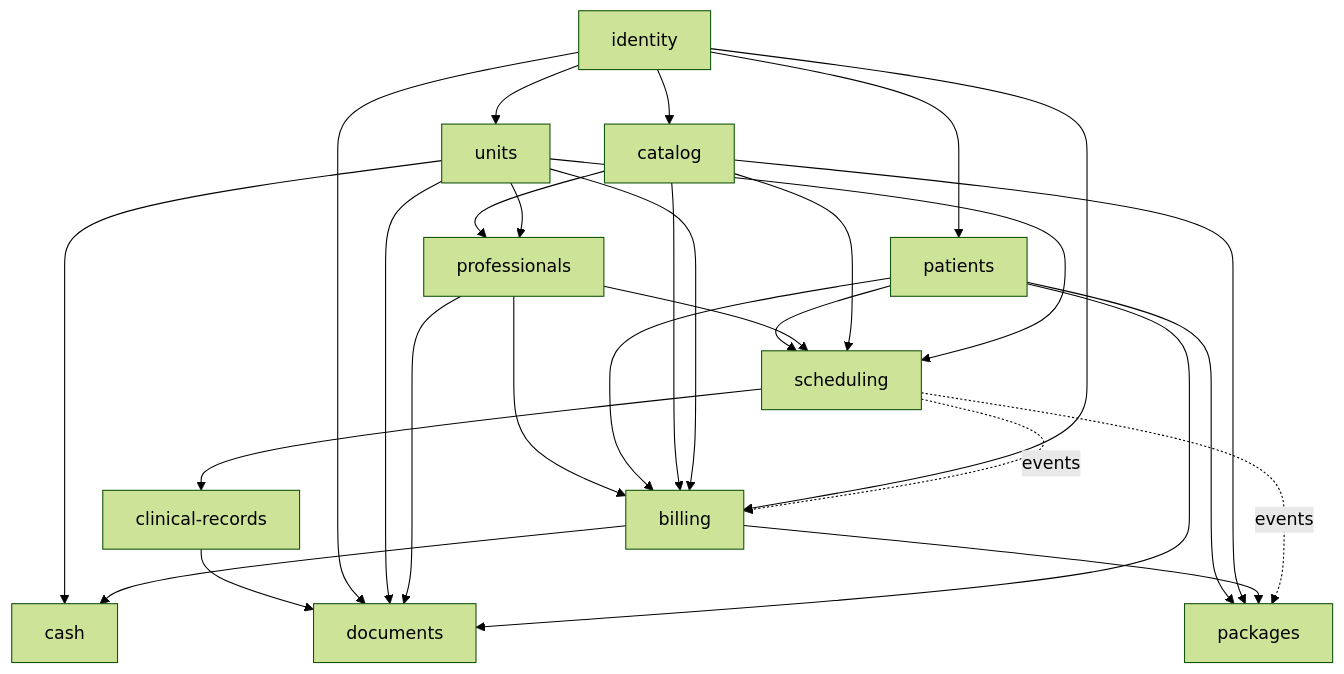
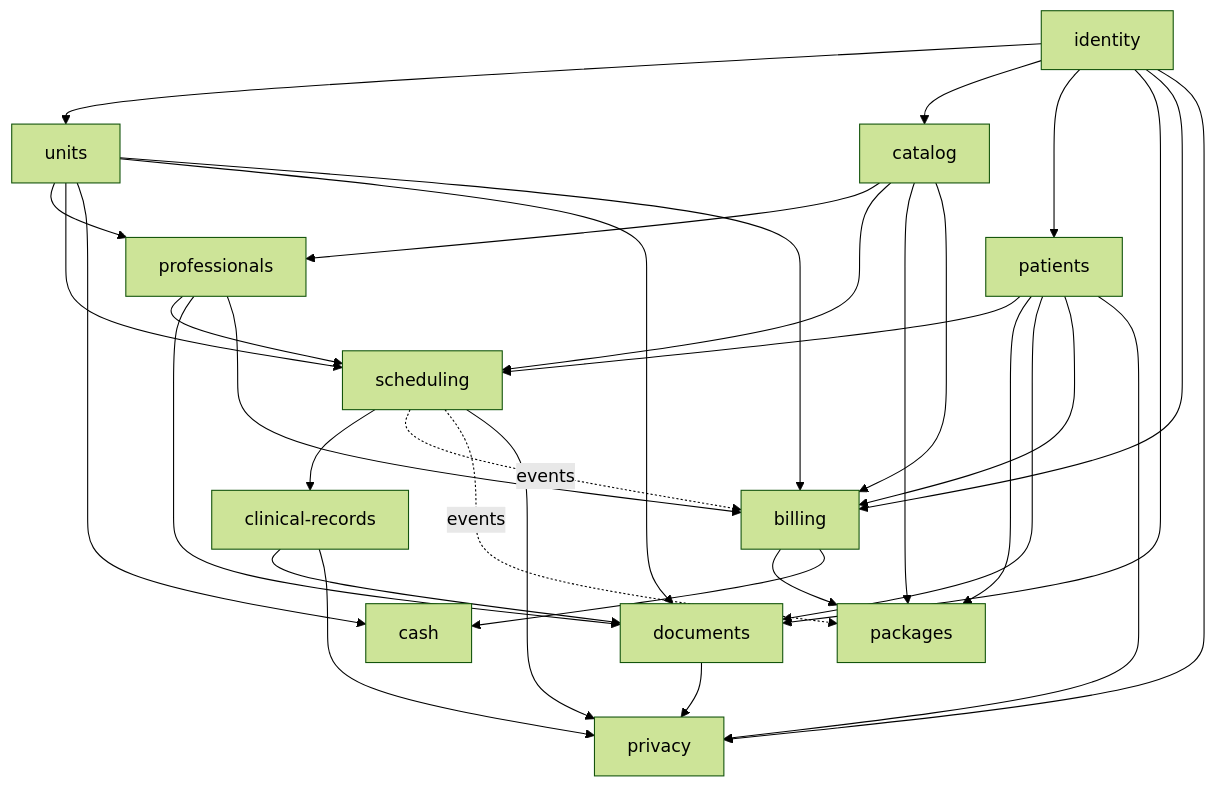
Before and after one commit to dennysvf/GCli: the second of 2 diagrams in docs/architecture.en.md, drawn with Mermaid (forest theme). The commit also changed other lines of this file and 121 other files, not shown here.

First line of the commit message:
feat(privacy): patient timeline and LGPD data requests [F14] (#32)

````diff
--- a/docs/architecture.en.md
+++ b/docs/architecture.en.md
@@ -74,30 +74,35 @@
 ```mermaid
 graph TD
   identity --> units
   identity --> catalog
   identity --> patients
   units --> professionals
   catalog --> professionals
   units --> scheduling
   catalog --> scheduling
   professionals --> scheduling
   patients --> scheduling
   scheduling --> clinical-records
   scheduling -. events .-> billing
   scheduling -. events .-> packages
   billing --> packages
   catalog --> packages
   patients --> packages
   billing --> cash
   units --> cash
   patients --> documents
   professionals --> documents
   units --> documents
   identity --> documents
   clinical-records --> documents
   identity --> billing
   units --> billing
   catalog --> billing
   patients --> billing
   professionals --> billing
+  identity --> privacy
+  patients --> privacy
+  scheduling --> privacy
+  clinical-records --> privacy
+  documents --> privacy
 ```
````
